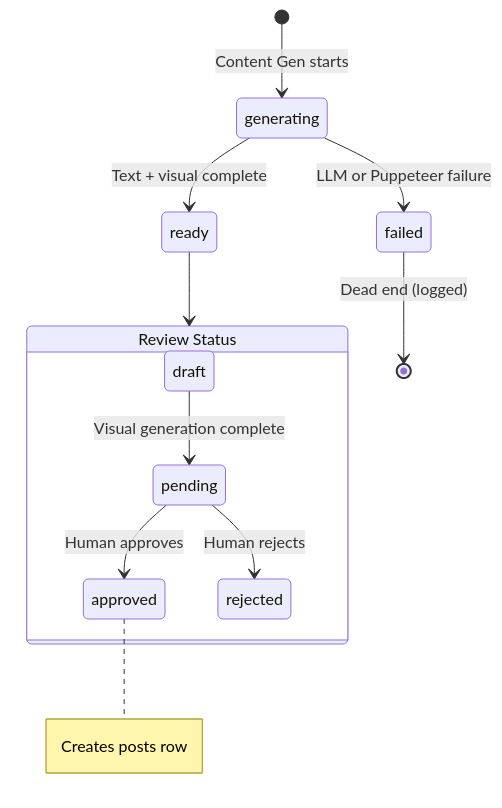
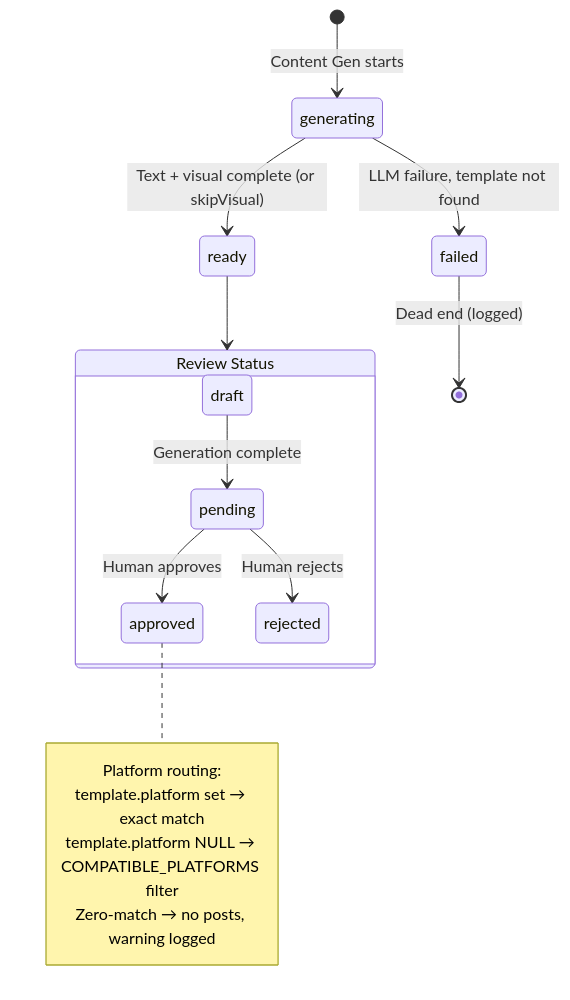
The second of 3 diagrams in docs/architecture/c4/c3-pipeline-flow.md (uakdemir/viral-pump), drawn with Mermaid before and after one commit. The commit also changed other lines of this file and 34 other files, not shown here.

````diff
--- a/docs/architecture/c4/c3-pipeline-flow.md
+++ b/docs/architecture/c4/c3-pipeline-flow.md
@@ -73,17 +119,23 @@
 ```mermaid
 stateDiagram-v2
     [*] --> generating: Content Gen starts
-    generating --> ready: Text + visual complete
-    generating --> failed: LLM or Puppeteer failure
+
+    generating --> ready: Text + visual complete (or skipVisual)
+    generating --> failed: LLM failure, template not found
 
     state "Review Status" as review {
-        draft --> pending: Visual generation complete
+        draft --> pending: Generation complete
         pending --> approved: Human approves
         pending --> rejected: Human rejects
     }
 
     ready --> review
     failed --> [*]: Dead end (logged)
 
-    note right of approved: Creates posts row
+    note right of approved
+        Platform routing:
+        template.platform set → exact match
+        template.platform NULL → COMPATIBLE_PLATFORMS filter
+        Zero-match → no posts, warning logged
+    end note
 ```
````
